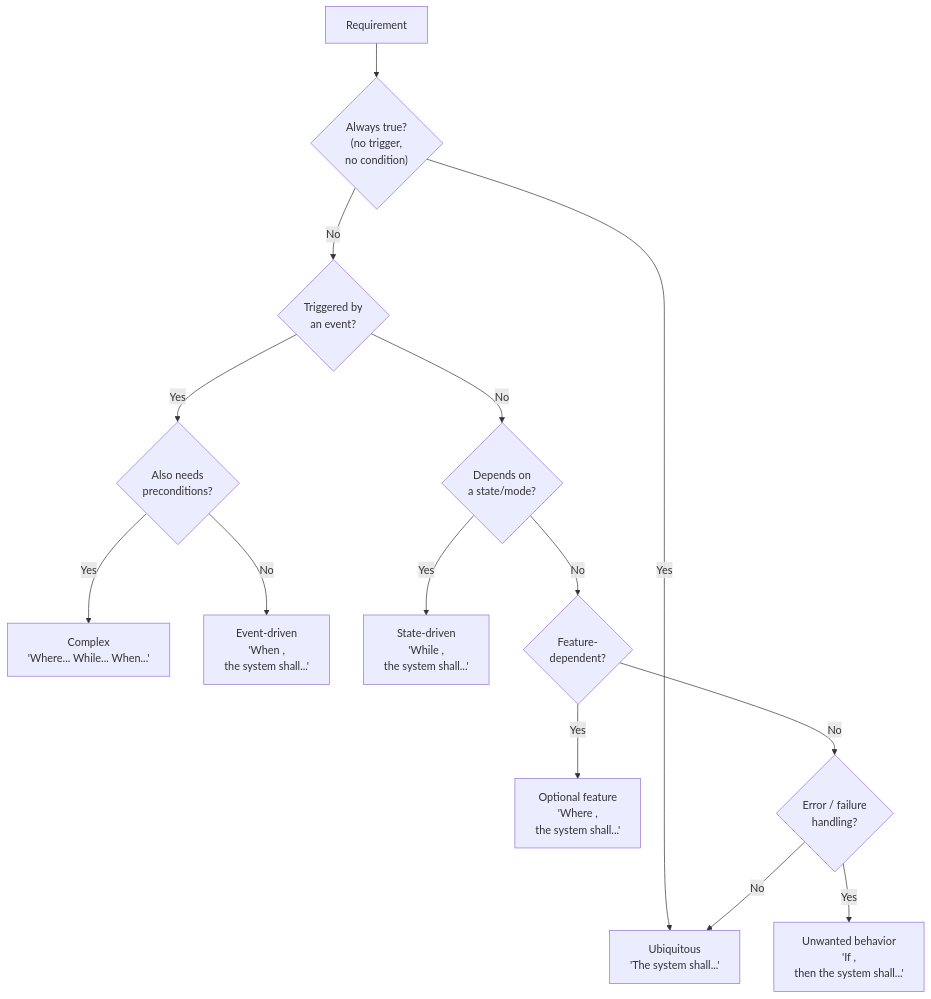
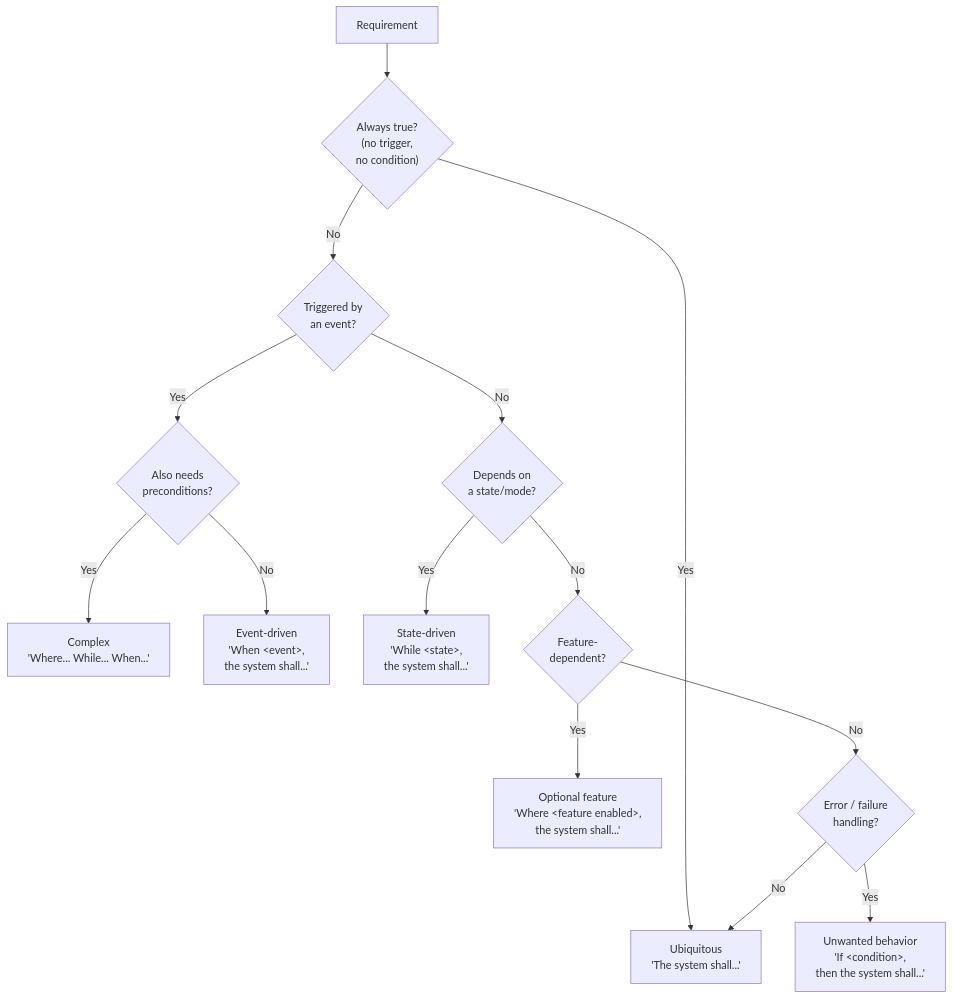
The diagram in skills/ears-requirements/SKILL.md (provenimpact/proven-needs), drawn with Mermaid before and after one commit.

Commit message:
fix(ears-requirements): replace literal \n with <br/> in Mermaid diagram labels
Mermaid flowcharts do not interpret \n as line breaks inside quoted
node labels, rendering them as literal text. Use <br/> HTML tags
instead, which Mermaid correctly renders as line breaks.

This is a test fix on one file before applying to all remaining
affected diagrams.

````diff
--- a/skills/ears-requirements/SKILL.md
+++ b/skills/ears-requirements/SKILL.md
@@ -59,22 +59,22 @@
 ```mermaid
 flowchart TD
-    REQ["Requirement"] --> Q1{"Always true?\n(no trigger,\nno condition)"}
+    REQ["Requirement"] --> Q1{"Always true?<br/>(no trigger,<br/>no condition)"}
 
-    Q1 -->|Yes| UBIQ["Ubiquitous\n'The system shall...'"]
-    Q1 -->|No| Q2{"Triggered by\nan event?"}
+    Q1 -->|Yes| UBIQ["Ubiquitous<br/>'The system shall...'"]
+    Q1 -->|No| Q2{"Triggered by<br/>an event?"}
 
-    Q2 -->|Yes| Q2b{"Also needs\npreconditions?"}
-    Q2 -->|No| Q3{"Depends on\na state/mode?"}
+    Q2 -->|Yes| Q2b{"Also needs<br/>preconditions?"}
+    Q2 -->|No| Q3{"Depends on<br/>a state/mode?"}
 
-    Q2b -->|Yes| COMPLEX["Complex\n'Where... While... When...'"]
-    Q2b -->|No| EVENT["Event-driven\n'When <event>,\nthe system shall...'"]
+    Q2b -->|Yes| COMPLEX["Complex<br/>'Where... While... When...'"]
+    Q2b -->|No| EVENT["Event-driven<br/>'When &lt;event&gt;,<br/>the system shall...'"]
 
-    Q3 -->|Yes| STATE["State-driven\n'While <state>,\nthe system shall...'"]
-    Q3 -->|No| Q4{"Feature-\ndependent?"}
+    Q3 -->|Yes| STATE["State-driven<br/>'While &lt;state&gt;,<br/>the system shall...'"]
+    Q3 -->|No| Q4{"Feature-<br/>dependent?"}
 
-    Q4 -->|Yes| OPTIONAL["Optional feature\n'Where <feature enabled>,\nthe system shall...'"]
-    Q4 -->|No| Q5{"Error / failure\nhandling?"}
+    Q4 -->|Yes| OPTIONAL["Optional feature<br/>'Where &lt;feature enabled&gt;,<br/>the system shall...'"]
+    Q4 -->|No| Q5{"Error / failure<br/>handling?"}
 
-    Q5 -->|Yes| UNWANTED["Unwanted behavior\n'If <condition>,\nthen the system shall...'"]
+    Q5 -->|Yes| UNWANTED["Unwanted behavior<br/>'If &lt;condition&gt;,<br/>then the system shall...'"]
     Q5 -->|No| UBIQ
 ```
````
